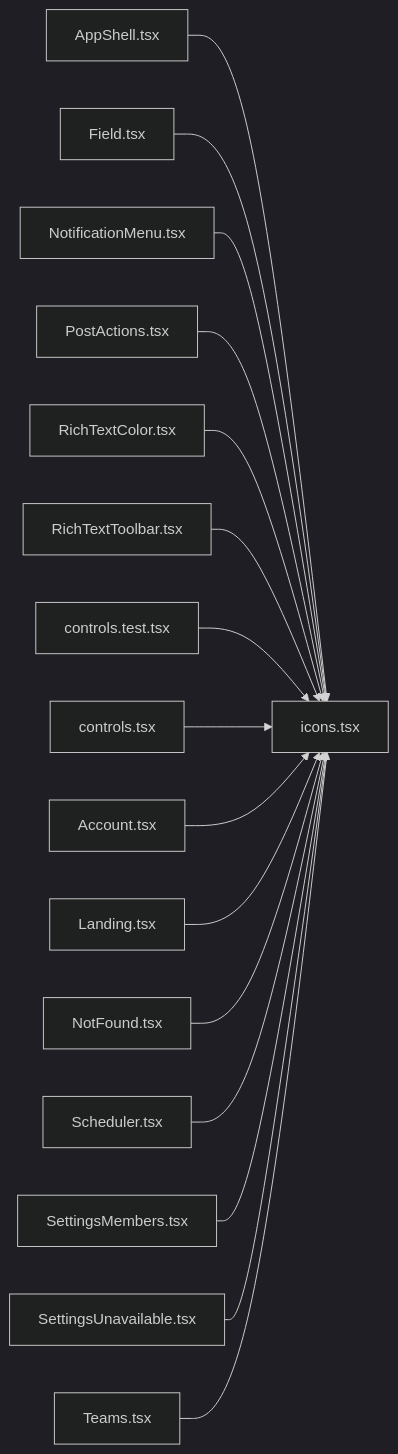
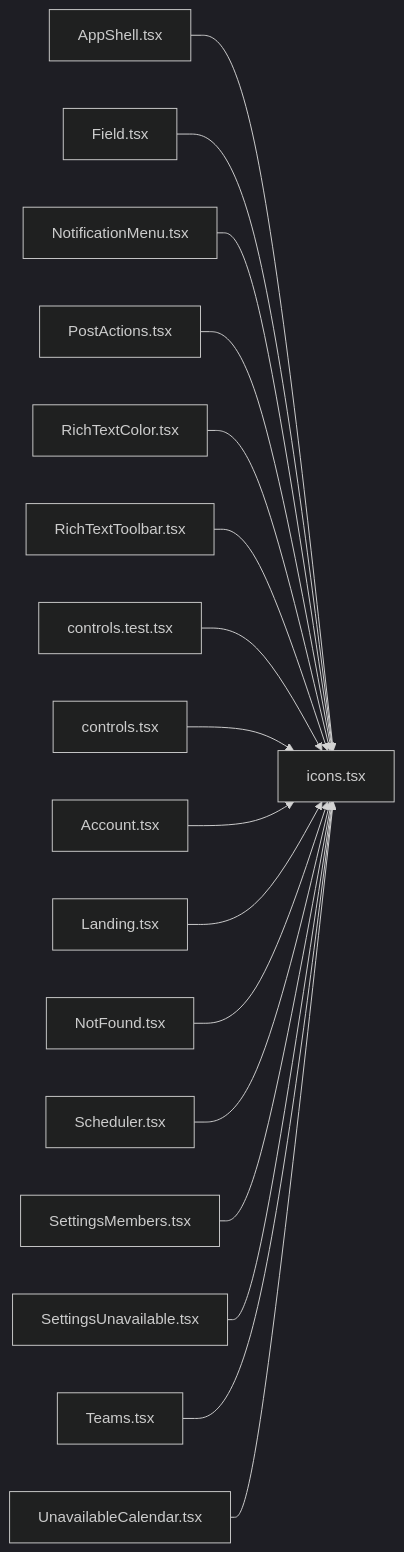
One commit to minkong-dev/Banblit changed the diagram in .cluedoc/graph/frontend/src/components/icons.md. Above: the diagram before and after it, drawn with Mermaid (dark theme). The commit also changed other lines of this file and 12 other files, not shown here.

Commit message:
frontend: show off members by name in unavailable calendar and open day details on click

````diff
--- a/.cluedoc/graph/frontend/src/components/icons.md
+++ b/.cluedoc/graph/frontend/src/components/icons.md
@@ -10,19 +10,20 @@
 ```mermaid
 flowchart LR
   frontend_src_components_icons["icons.tsx"]
   frontend_src_components_AppShell["AppShell.tsx"] --> frontend_src_components_icons
   frontend_src_components_Field["Field.tsx"] --> frontend_src_components_icons
   frontend_src_components_NotificationMenu["NotificationMenu.tsx"] --> frontend_src_components_icons
   frontend_src_components_PostActions["PostActions.tsx"] --> frontend_src_components_icons
   frontend_src_components_RichTextColor["RichTextColor.tsx"] --> frontend_src_components_icons
   frontend_src_components_RichTextToolbar["RichTextToolbar.tsx"] --> frontend_src_components_icons
   frontend_src_components_controls_test["controls.test.tsx"] --> frontend_src_components_icons
   frontend_src_components_controls["controls.tsx"] --> frontend_src_components_icons
   frontend_src_routes_Account["Account.tsx"] --> frontend_src_components_icons
   frontend_src_routes_Landing["Landing.tsx"] --> frontend_src_components_icons
   frontend_src_routes_NotFound["NotFound.tsx"] --> frontend_src_components_icons
   frontend_src_routes_Scheduler["Scheduler.tsx"] --> frontend_src_components_icons
   frontend_src_routes_SettingsMembers["SettingsMembers.tsx"] --> frontend_src_components_icons
   frontend_src_routes_SettingsUnavailable["SettingsUnavailable.tsx"] --> frontend_src_components_icons
   frontend_src_routes_Teams["Teams.tsx"] --> frontend_src_components_icons
+  frontend_src_routes_UnavailableCalendar["UnavailableCalendar.tsx"] --> frontend_src_components_icons
 ```
````
